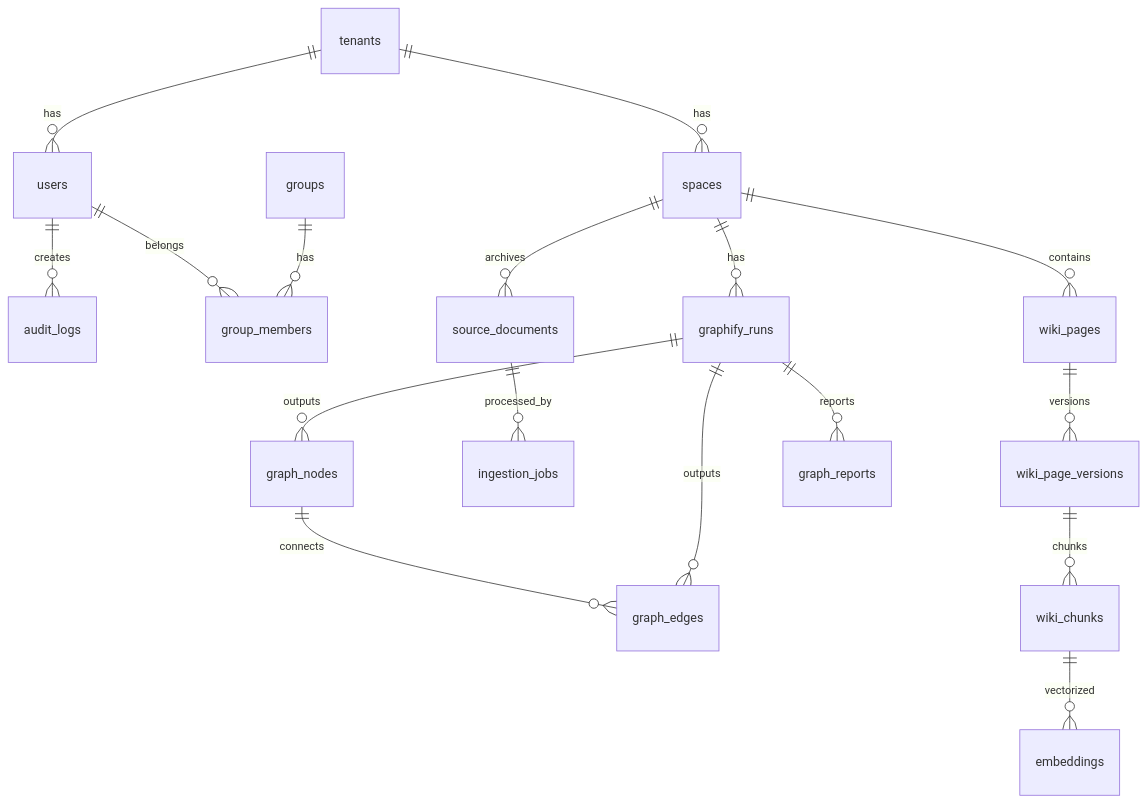
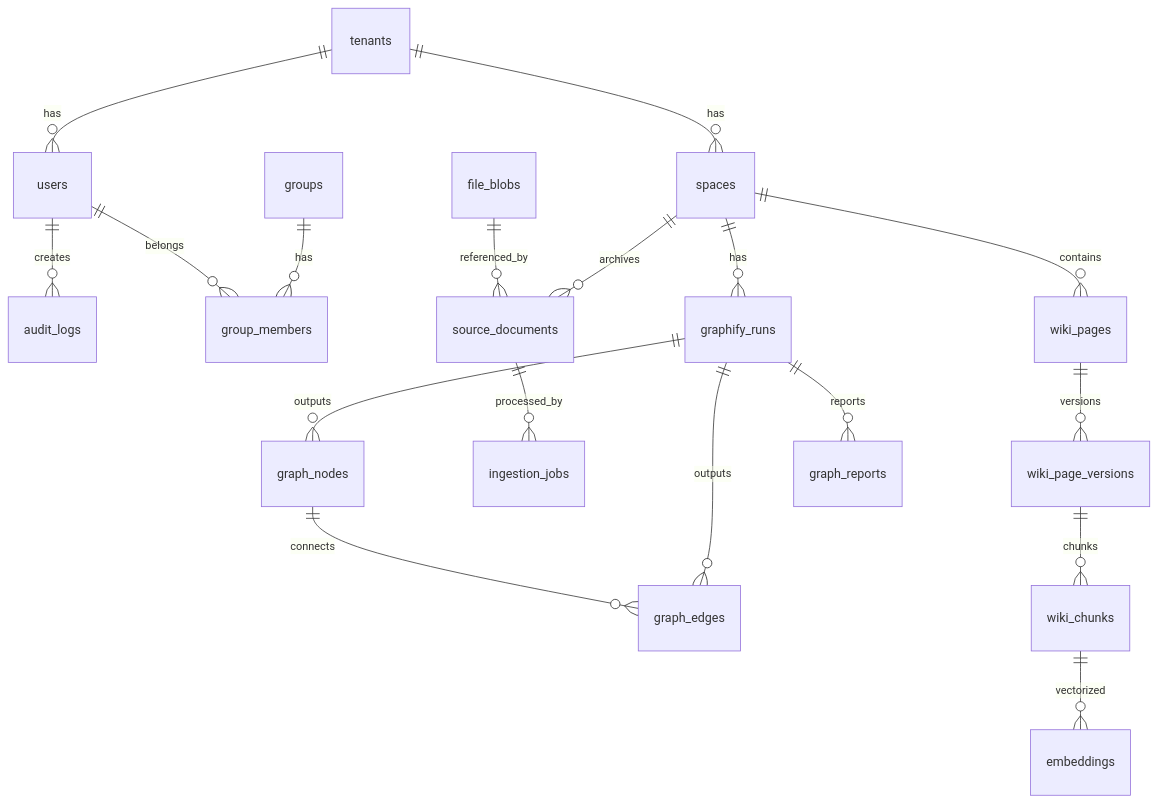
Before and after one commit to DankerMu/CherryWiki: the diagram in docs/design/10_数据模型与数据库设计.md, drawn with Mermaid. The commit also changed other lines of this file and 8 other files, not shown here.

````diff
--- a/docs/design/10_数据模型与数据库设计.md
+++ b/docs/design/10_数据模型与数据库设计.md
@@ -14,19 +14,20 @@
 ```mermaid
 erDiagram
   tenants ||--o{ users : has
   tenants ||--o{ spaces : has
   users ||--o{ audit_logs : creates
   groups ||--o{ group_members : has
   users ||--o{ group_members : belongs
   spaces ||--o{ wiki_pages : contains
   wiki_pages ||--o{ wiki_page_versions : versions
   spaces ||--o{ source_documents : archives
+  file_blobs ||--o{ source_documents : referenced_by
   source_documents ||--o{ ingestion_jobs : processed_by
   spaces ||--o{ graphify_runs : has
   graphify_runs ||--o{ graph_nodes : outputs
   graphify_runs ||--o{ graph_edges : outputs
   wiki_page_versions ||--o{ wiki_chunks : chunks
   wiki_chunks ||--o{ embeddings : vectorized
   graph_nodes ||--o{ graph_edges : connects
   graphify_runs ||--o{ graph_reports : reports
 ```
````
